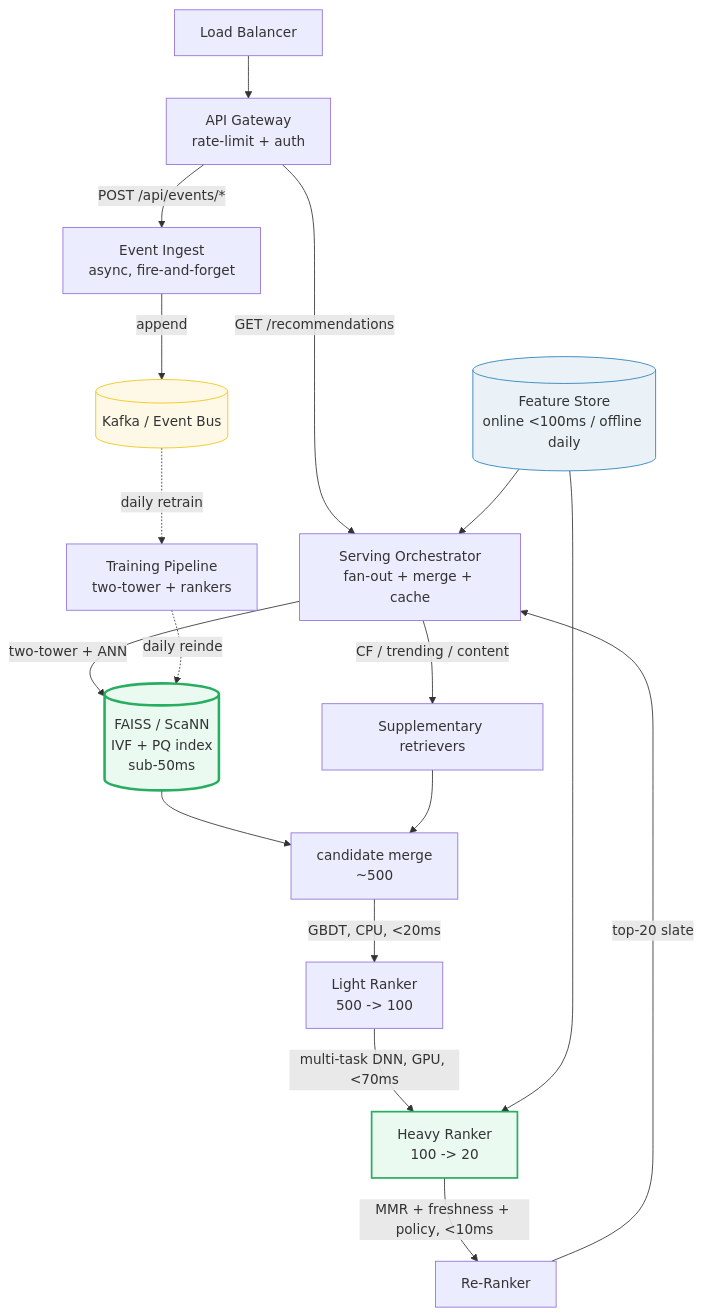
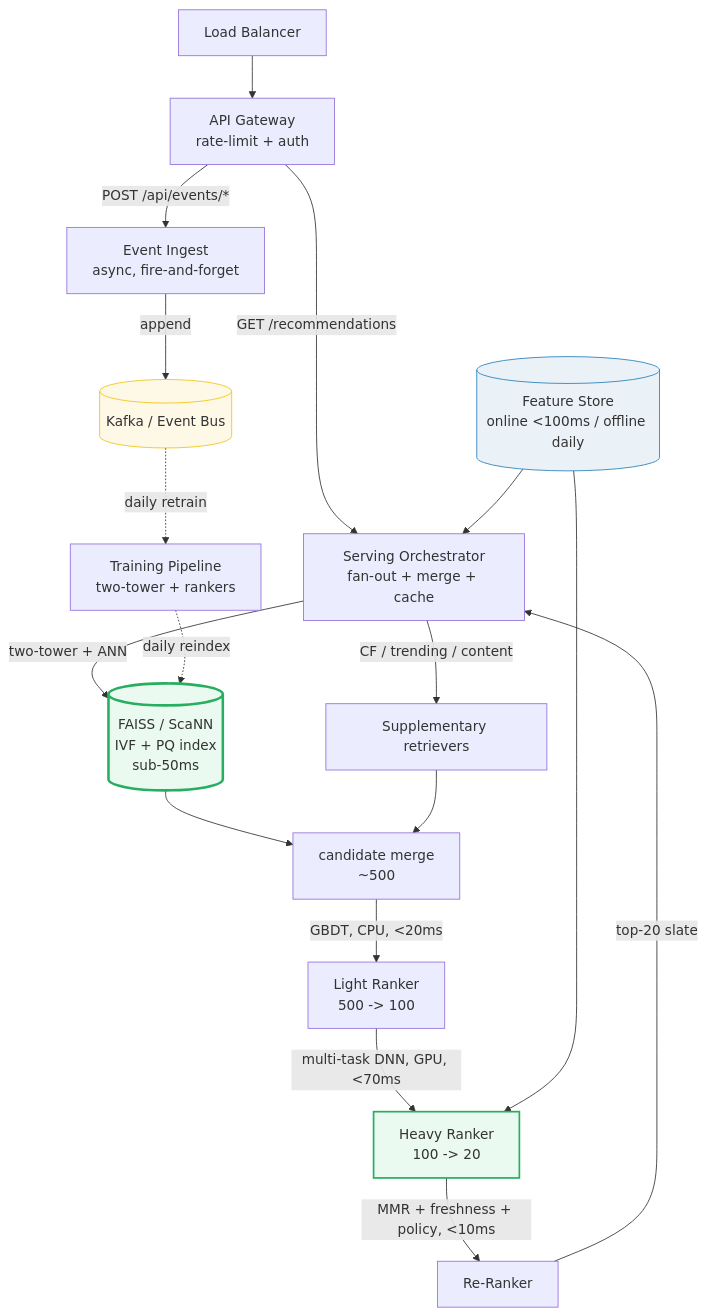
One commit to quanhua92/tutorials changed the second of 2 diagrams in systemdesign/RECOMMENDER_SYSTEM.md. Above: the diagram before and after it, drawn with Mermaid. The commit also changed other lines of this file and 74 other files, not shown here.

First line of the commit message:
fix(mermaid): fix all 11 mmdc-verified broken diagrams across 72 files

````diff
--- a/systemdesign/RECOMMENDER_SYSTEM.md
+++ b/systemdesign/RECOMMENDER_SYSTEM.md
@@ -104,23 +104,23 @@
 ```mermaid
 graph TD
     LB["Load Balancer"] --> AGW["API Gateway<br/>rate-limit + auth"]
     AGW -->|GET /recommendations| RD["Serving Orchestrator<br/>fan-out + merge + cache"]
     AGW -->|POST /api/events/*| LOG["Event Ingest<br/>async, fire-and-forget"]
     RD -->|"two-tower + ANN"| ANN[("FAISS / ScaNN<br/>IVF + PQ index<br/>sub-50ms")]
     RD -->|"CF / trending / content"| SRC["Supplementary retrievers"]
     ANN --> MERGE["candidate merge<br/>~500"]
     SRC --> MERGE
     MERGE -->|"GBDT, CPU, <20ms"| LR["Light Ranker<br/>500 -> 100"]
     LR -->|"multi-task DNN, GPU, <70ms"| HR["Heavy Ranker<br/>100 -> 20"]
     HR -->|"MMR + freshness + policy, <10ms"| RR["Re-Ranker"]
     RR -->|top-20 slate| RD
     LOG -->|append| KF[("Kafka / Event Bus")]
-    KF -.daily retrain.-> TRN["Training Pipeline<br/>two-tower + rankers"]
-    TRN -.daily reindex.-> ANN
+    KF -.->|daily retrain| TRN["Training Pipeline<br/>two-tower + rankers"]
+    TRN -.->|daily reindex| ANN
     FS[("Feature Store<br/>online <100ms / offline daily")] --> RD
     FS --> HR
     style ANN fill:#eafaf1,stroke:#27ae60,stroke-width:3px
     style HR fill:#eafaf1,stroke:#27ae60,stroke-width:2px
     style KF fill:#fef9e7,stroke:#f1c40f
     style FS fill:#eaf2f8,stroke:#2980b9
 ```
````
